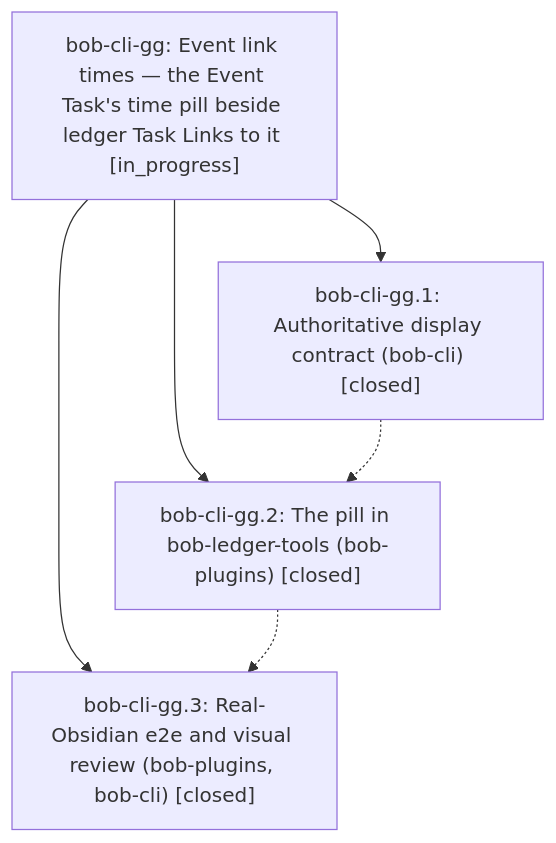
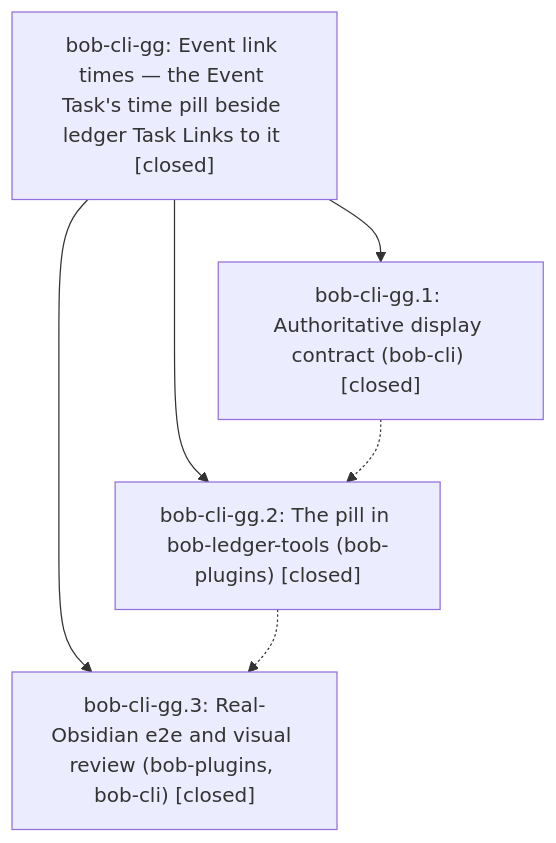
The diagram in pages/bob-cli-gg/README.md (bobs-org/bob-cli--beads), drawn with Mermaid before and after one commit. The commit also changed other lines of this file and 1 other file, not shown here.

First line of the commit message:
chore(beads): sync bead state and pages for bob-cli-gg

````diff
--- a/pages/bob-cli-gg/README.md
+++ b/pages/bob-cli-gg/README.md
@@ -58,12 +74,12 @@
 ```mermaid
 flowchart TD
-    n0["bob-cli-gg: Event link times — the Event Task's time pill beside ledger Task Links to it [in_progress]"]
+    n0["bob-cli-gg: Event link times — the Event Task's time pill beside ledger Task Links to it [closed]"]
     n1["bob-cli-gg.1: Authoritative display contract (bob-cli) [closed]"]
     n2["bob-cli-gg.2: The pill in bob-ledger-tools (bob-plugins) [closed]"]
     n3["bob-cli-gg.3: Real-Obsidian e2e and visual review (bob-plugins, bob-cli) [closed]"]
     n0 --> n1
     n0 --> n2
     n0 --> n3
     n1 -.-> n2
     n2 -.-> n3
 ```
````
